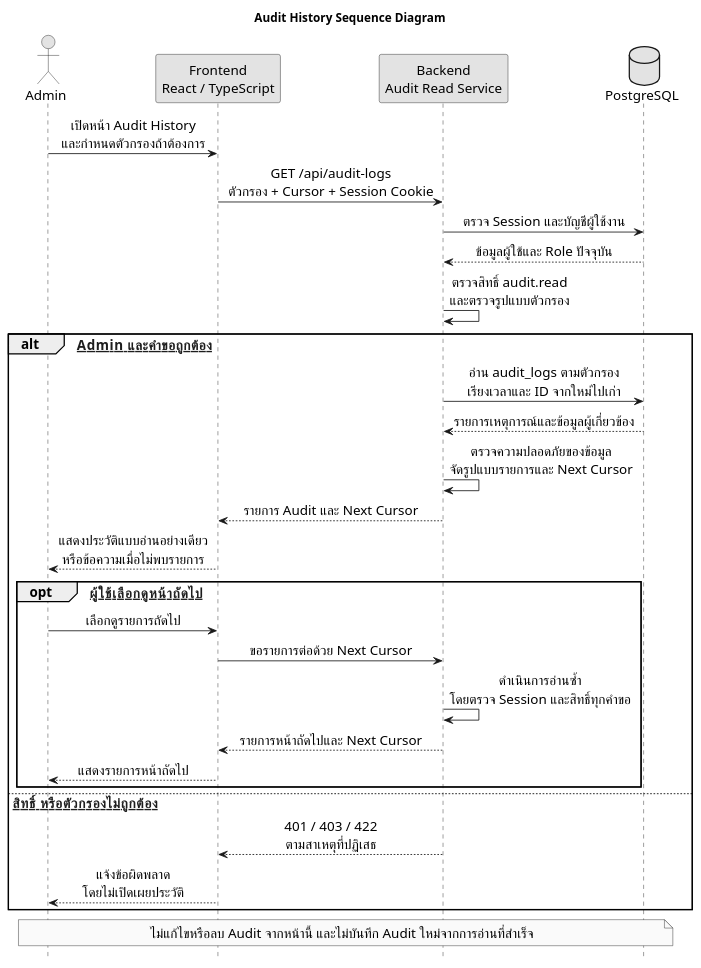
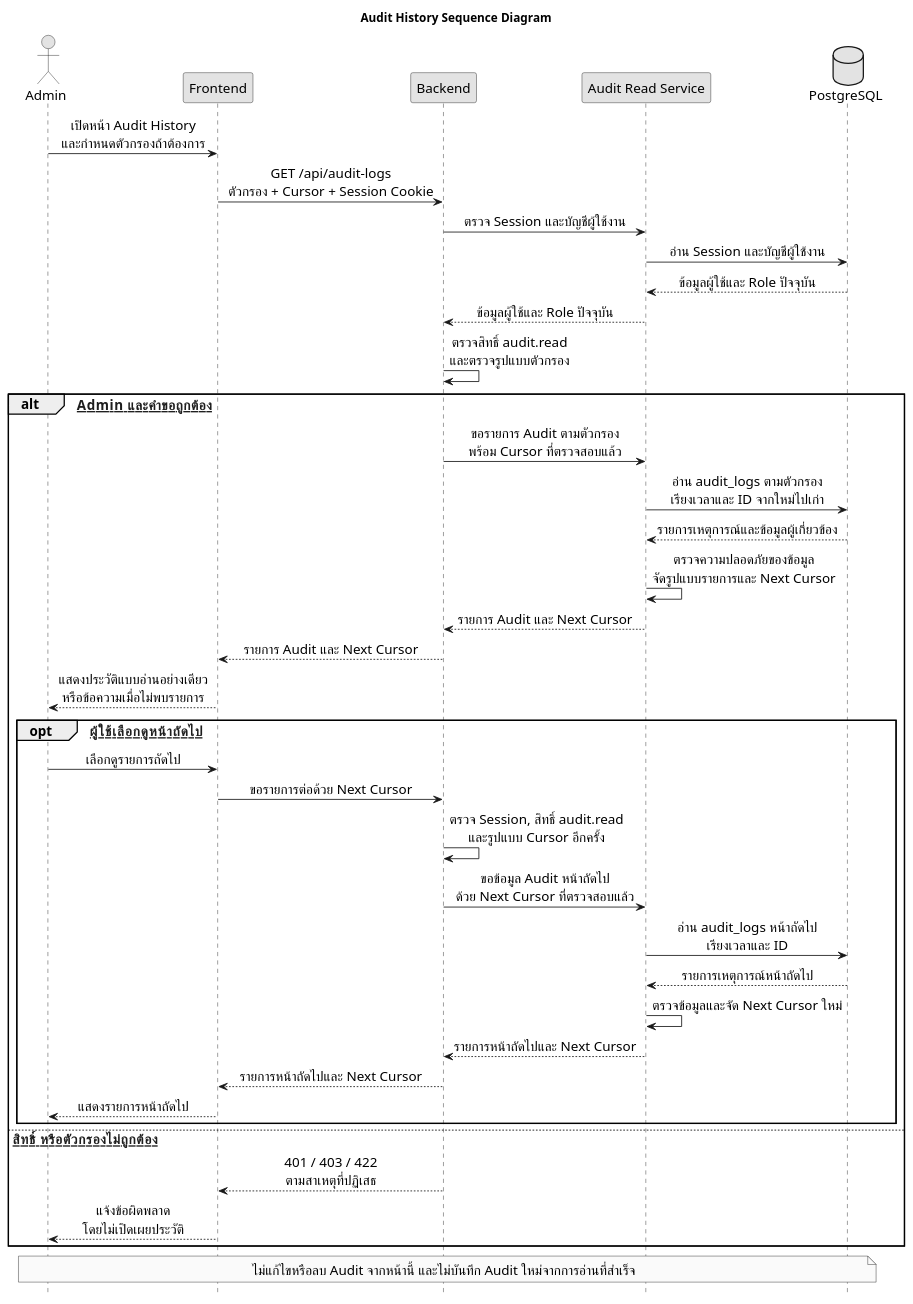
Before and after one commit to napgat/NyNetMate-Research: the diagram in outputs/thesis/sequence-diagram/naphat/fig-3-14-audit-history.puml, drawn with PlantUML. The commit also changed 99 other files, not shown here.

Commit message:
docs: update thesis sequence diagrams and UI design artifacts

```diff
--- a/outputs/thesis/sequence-diagram/naphat/fig-3-14-audit-history.puml
+++ b/outputs/thesis/sequence-diagram/naphat/fig-3-14-audit-history.puml
@@ -1,36 +1,46 @@
 @startuml
 hide footbox
 skinparam monochrome true
 skinparam defaultFontName Tahoma
 skinparam defaultFontSize 16
 skinparam sequenceMessageAlign center
 skinparam responseMessageBelowArrow true
 title Audit History Sequence Diagram
 actor "Admin" as U
-participant "Frontend\nReact / TypeScript" as F
-participant "Backend\nAudit Read Service" as B
+participant "Frontend" as F
+participant "Backend" as B
+participant "Audit Read Service" as S
 database "PostgreSQL" as D
 U -> F : เปิดหน้า Audit History\nและกำหนดตัวกรองถ้าต้องการ
 F -> B : GET /api/audit-logs\nตัวกรอง + Cursor + Session Cookie
-B -> D : ตรวจ Session และบัญชีผู้ใช้งาน
-D --> B : ข้อมูลผู้ใช้และ Role ปัจจุบัน
+B -> S : ตรวจ Session และบัญชีผู้ใช้งาน
+S -> D : อ่าน Session และบัญชีผู้ใช้งาน
+D --> S : ข้อมูลผู้ใช้และ Role ปัจจุบัน
+S --> B : ข้อมูลผู้ใช้และ Role ปัจจุบัน
 B -> B : ตรวจสิทธิ์ audit.read\nและตรวจรูปแบบตัวกรอง
 alt [เป็น Admin และคำขอถูกต้อง]
-B -> D : อ่าน audit_logs ตามตัวกรอง\nเรียงเวลาและ ID จากใหม่ไปเก่า
-D --> B : รายการเหตุการณ์และข้อมูลผู้เกี่ยวข้อง
-B -> B : ตรวจความปลอดภัยของข้อมูล\nจัดรูปแบบรายการและ Next Cursor
+B -> S : ขอรายการ Audit ตามตัวกรอง\nพร้อม Cursor ที่ตรวจสอบแล้ว
+S -> D : อ่าน audit_logs ตามตัวกรอง\nเรียงเวลาและ ID จากใหม่ไปเก่า
+D --> S : รายการเหตุการณ์และข้อมูลผู้เกี่ยวข้อง
+S -> S : ตรวจความปลอดภัยของข้อมูล\nจัดรูปแบบรายการและ Next Cursor
+S --> B : รายการ Audit และ Next Cursor
 B --> F : รายการ Audit และ Next Cursor
 F --> U : แสดงประวัติแบบอ่านอย่างเดียว\nหรือข้อความเมื่อไม่พบรายการ
 opt [ผู้ใช้เลือกดูหน้าถัดไป]
 U -> F : เลือกดูรายการถัดไป
 F -> B : ขอรายการต่อด้วย Next Cursor
-B -> B : ดำเนินการอ่านซ้ำ\nโดยตรวจ Session และสิทธิ์ทุกคำขอ
+B -> B : ตรวจ Session, สิทธิ์ audit.read\nและรูปแบบ Cursor อีกครั้ง
+B -> S : ขอข้อมูล Audit หน้าถัดไป\nด้วย Next Cursor ที่ตรวจสอบแล้ว
+S -> D : อ่าน audit_logs หน้าถัดไป\nเรียงเวลาและ ID
+D --> S : รายการเหตุการณ์หน้าถัดไป
+S -> S : ตรวจข้อมูลและจัด Next Cursor ใหม่
+S --> B : รายการหน้าถัดไปและ Next Cursor
 B --> F : รายการหน้าถัดไปและ Next Cursor
 F --> U : แสดงรายการหน้าถัดไป
 end
 else [Session สิทธิ์ หรือตัวกรองไม่ถูกต้อง]
 B --> F : 401 / 403 / 422\nตามสาเหตุที่ปฏิเสธ
 F --> U : แจ้งข้อผิดพลาด\nโดยไม่เปิดเผยประวัติ
 end
 note over U,D : ไม่แก้ไขหรือลบ Audit จากหน้านี้ และไม่บันทึก Audit ใหม่จากการอ่านที่สำเร็จ
 @enduml
```
